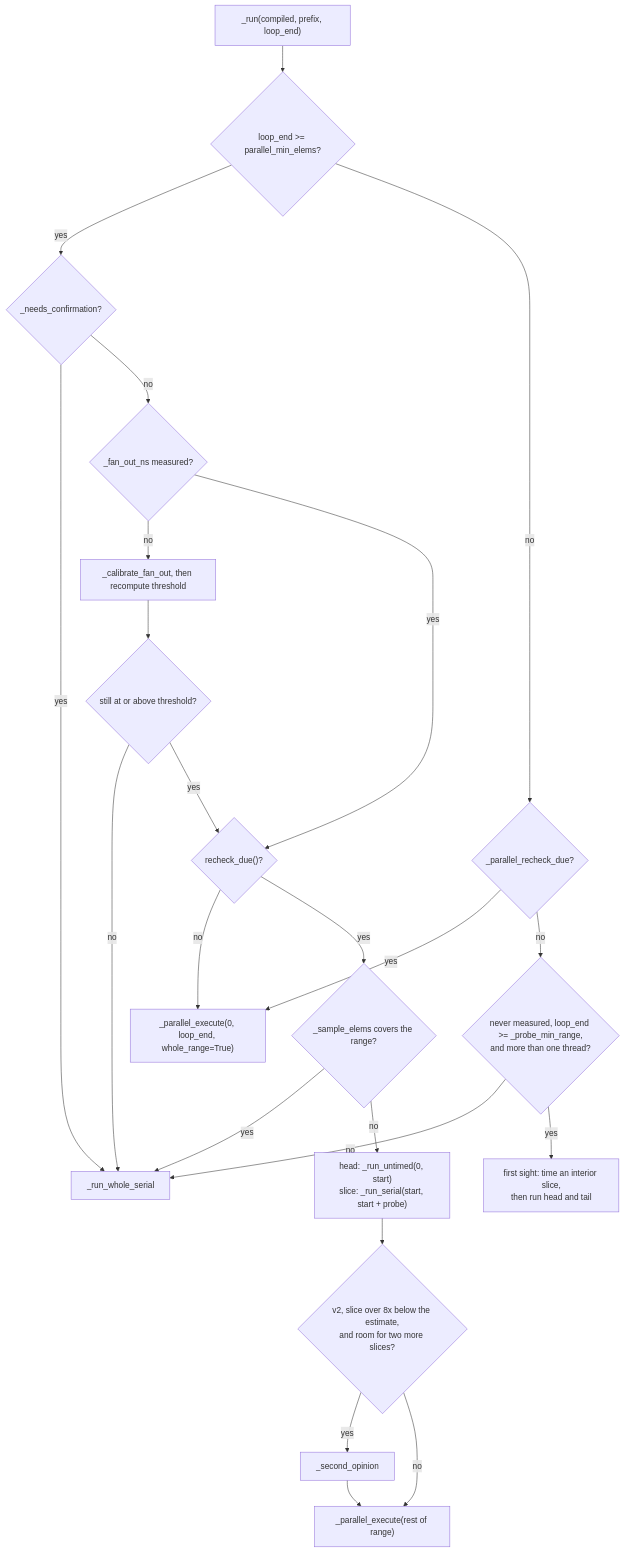
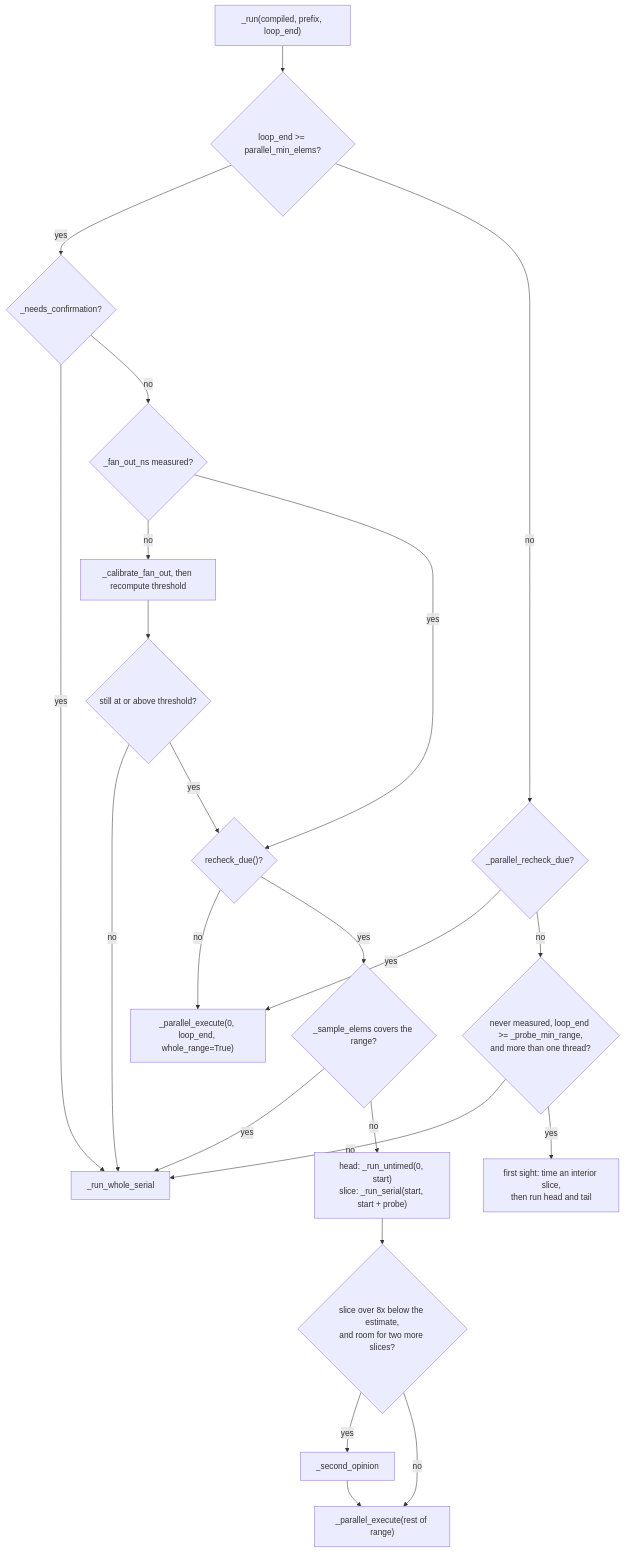
Before and after one commit to berkgeveci/tack: the diagram in docs/design/cpu-threading.md, drawn with Mermaid. The commit also changed other lines of this file and 10 other files, not shown here.

````diff
--- a/docs/design/cpu-threading.md
+++ b/docs/design/cpu-threading.md
@@ -414,25 +413,25 @@
 ```mermaid
 flowchart TD
     A["_run(compiled, prefix, loop_end)"] --> B{"loop_end >= parallel_min_elems?"}
     B -- yes --> C{"_needs_confirmation?"}
     C -- yes --> WS["_run_whole_serial"]
     C -- no --> D{"_fan_out_ns measured?"}
     D -- no --> E["_calibrate_fan_out, then recompute threshold"]
     E --> E2{"still at or above threshold?"}
     E2 -- no --> WS
     E2 -- yes --> F
     D -- yes --> F{"recheck_due()?"}
     F -- no --> PW["_parallel_execute(0, loop_end, whole_range=True)"]
     F -- yes --> G{"_sample_elems covers the range?"}
     G -- yes --> WS
     G -- no --> H["head: _run_untimed(0, start)<br/>slice: _run_serial(start, start + probe)"]
-    H --> I{"v2, slice over 8x below the estimate,<br/>and room for two more slices?"}
+    H --> I{"slice over 8x below the estimate,<br/>and room for two more slices?"}
     I -- yes --> J["_second_opinion"]
     I -- no --> K["_parallel_execute(rest of range)"]
     J --> K
     B -- no --> L{"_parallel_recheck_due?"}
     L -- yes --> PW
     L -- no --> M{"never measured, loop_end >= _probe_min_range,<br/>and more than one thread?"}
     M -- no --> WS
     M -- yes --> N["first sight: time an interior slice,<br/>then run head and tail"]
 ```
````
